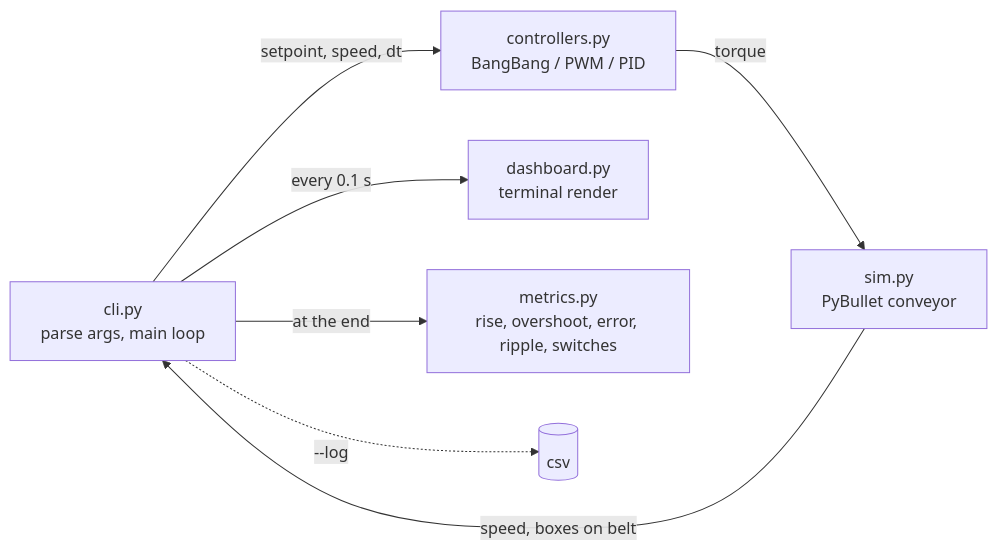
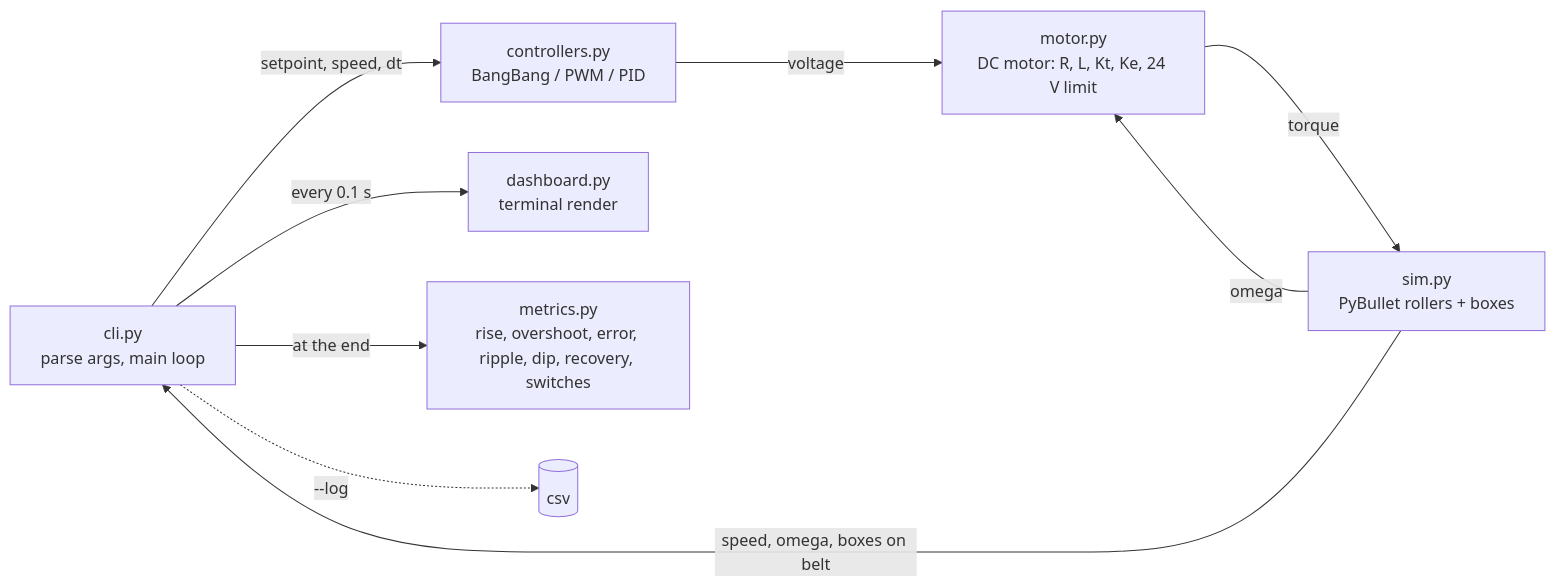
Before and after one commit to yashdagar/conveyor-motor-speed-control: the first of 2 diagrams in README.md, drawn with Mermaid. The commit also changed other lines of this file and 21 other files, not shown here.

````diff
--- a/README.md
+++ b/README.md
@@ -240,9 +300,11 @@
 ```mermaid
 flowchart LR
     CLI[cli.py<br/>parse args, main loop] -->|setpoint, speed, dt| C[controllers.py<br/>BangBang / PWM / PID]
-    C -->|torque| S[sim.py<br/>PyBullet conveyor]
-    S -->|speed, boxes on belt| CLI
+    C -->|voltage| M[motor.py<br/>DC motor: R, L, Kt, Ke, 24 V limit]
+    M -->|torque| S[sim.py<br/>PyBullet rollers + boxes]
+    S -->|speed, omega, boxes on belt| CLI
+    S -->|omega| M
     CLI -->|every 0.1 s| D[dashboard.py<br/>terminal render]
-    CLI -->|at the end| M[metrics.py<br/>rise, overshoot, error, ripple, switches]
+    CLI -->|at the end| X[metrics.py<br/>rise, overshoot, error, ripple, dip, recovery, switches]
     CLI -.->|--log| CSV[(csv)]
 ```
````
